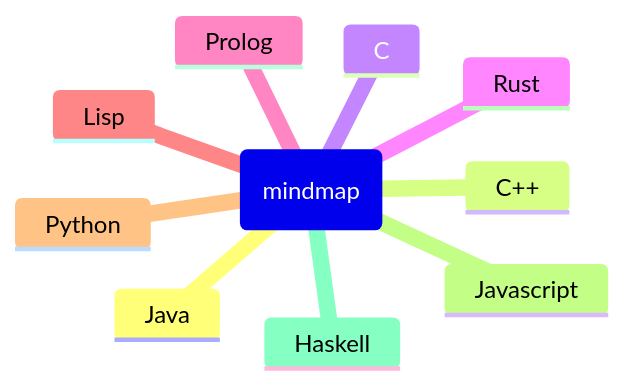
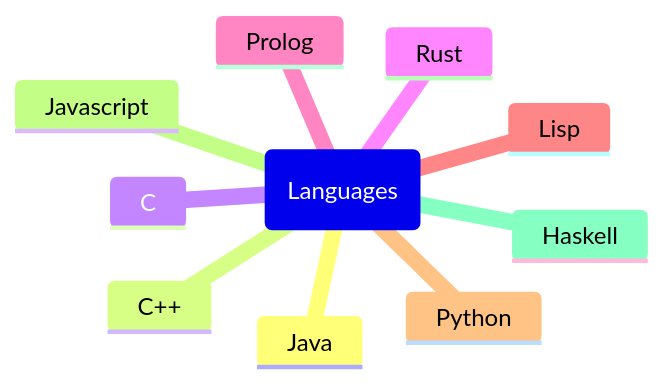
Before and after one commit to frefolli/github-profile: the first of 4 diagrams in README.md, drawn with Mermaid. The commit also changed other lines of this file and 2 other files, not shown here.

````diff
--- a/README.md
+++ b/README.md
@@ -3,13 +3,13 @@
 ```mermaid
 mindmap
-  root(mindmap)
+  root(Languages)
     Java
     C++
     C
     Rust
     Prolog
     Lisp
     Python
     Javascript
     Haskell
 ```
````
